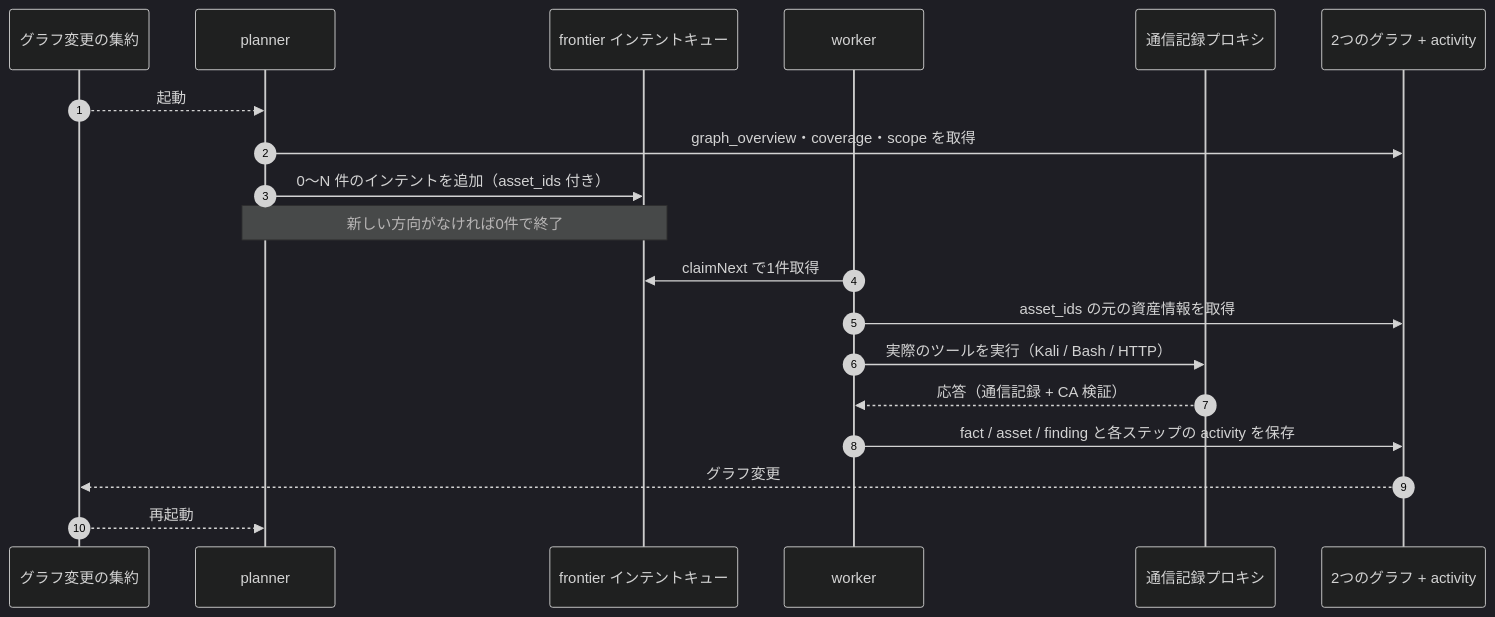
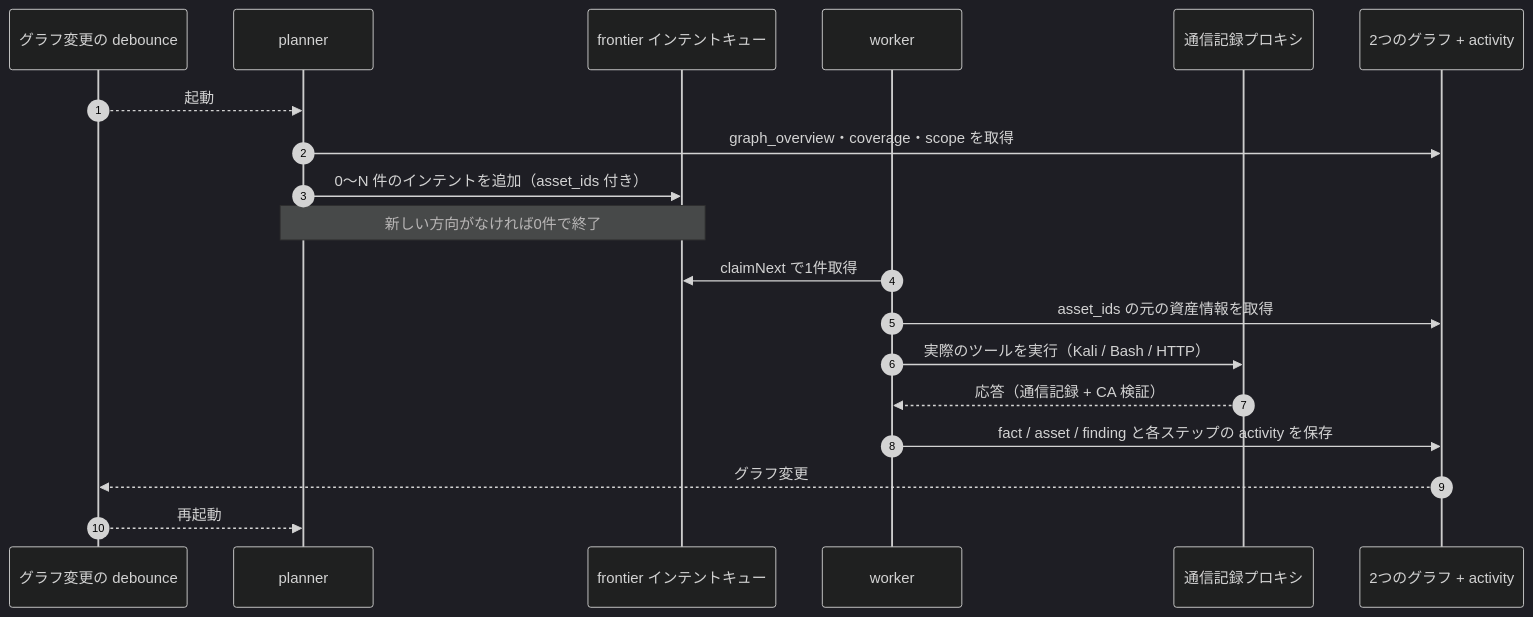
Before and after one commit to hara-kazu/ARTEX-Japanese: the third of 5 diagrams in README.md, drawn with Mermaid (dark theme). The commit also changed other lines of this file and 103 other files, not shown here.

````diff
--- a/README.md
+++ b/README.md
@@ -464,21 +464,21 @@
 ```mermaid
 sequenceDiagram
   autonumber
-  participant EV as グラフ変更の集約
+  participant EV as グラフ変更の debounce
   participant P as planner
   participant FR as frontier インテントキュー
   participant W as worker
   participant PX as 通信記録プロキシ
   participant DB as 2つのグラフ + activity
   EV-->>P: 起動
   P->>DB: graph_overview・coverage・scope を取得
   P->>FR: 0～N 件のインテントを追加（asset_ids 付き）
   Note over P,FR: 新しい方向がなければ0件で終了
   W->>FR: claimNext で1件取得
   W->>DB: asset_ids の元の資産情報を取得
   W->>PX: 実際のツールを実行（Kali / Bash / HTTP）
   PX-->>W: 応答（通信記録 + CA 検証）
   W->>DB: fact / asset / finding と各ステップの activity を保存
   DB-->>EV: グラフ変更
   EV-->>P: 再起動
 ```
````
